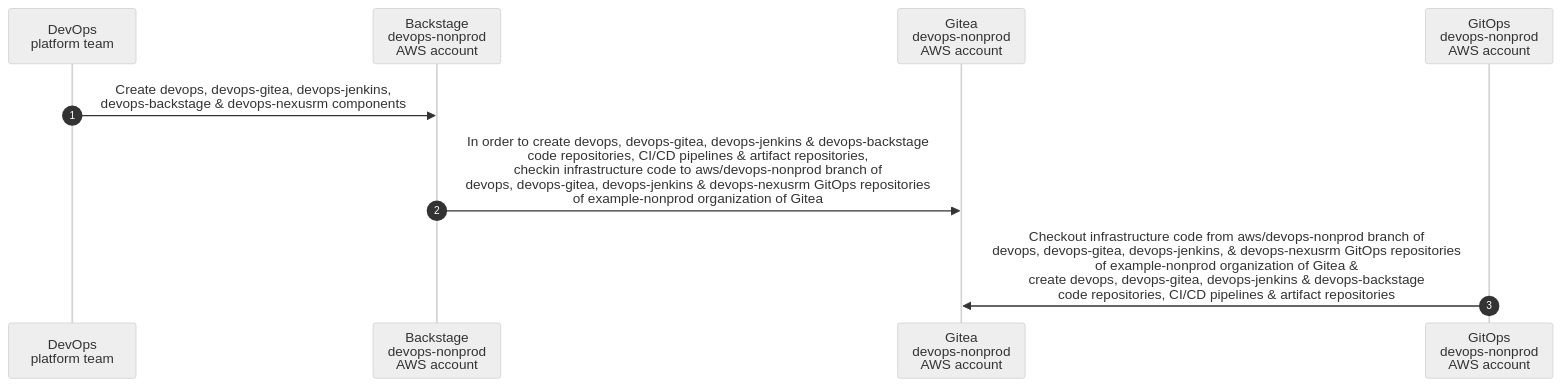
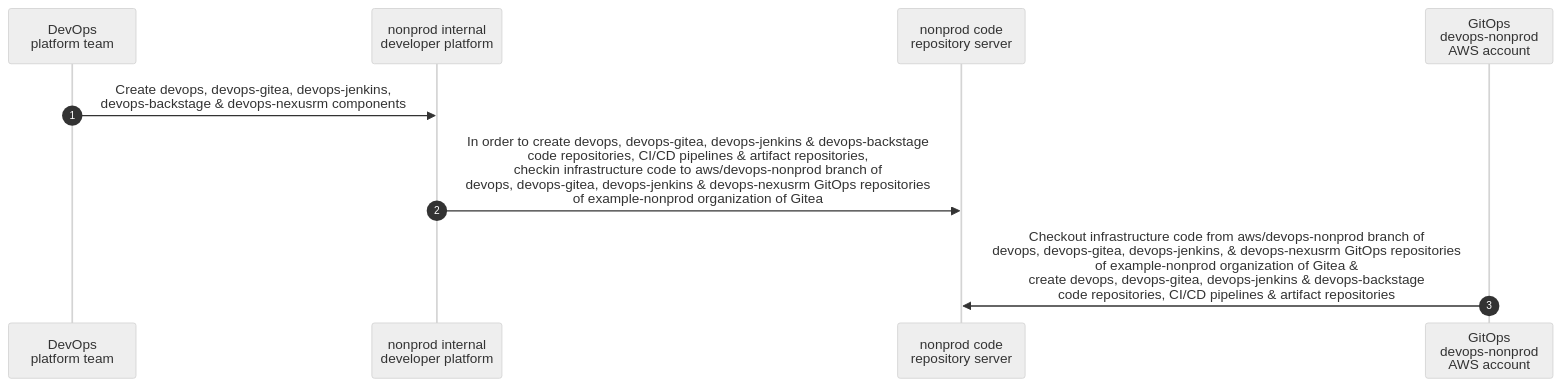
The ninth of 9 diagrams in docs/pages/docs/design.md (devopscodegen/architecture), drawn with Mermaid (neutral theme) before and after one commit. The commit also changed other lines of this file, not shown here.

````diff
--- a/docs/pages/docs/design.md
+++ b/docs/pages/docs/design.md
@@ -520,11 +520,11 @@
 ```mermaid
 sequenceDiagram
   autonumber
   participant devops_platform_team as DevOps<br>platform team
-  participant backstage_devops_nonprod_aws_account as Backstage<br>devops-nonprod <br>AWS account
-  participant gitea_devops_nonprod_aws_account as Gitea<br>devops-nonprod <br>AWS account
+  participant nonprod_internal_developer_platform as nonprod internal<br>developer platform
+  participant nonprod_code_repository_server as nonprod code <br>repository server
   participant gitops_devops_nonprod_aws_account as GitOps<br>devops-nonprod <br>AWS account
-  devops_platform_team->>backstage_devops_nonprod_aws_account : Create devops, devops-gitea, devops-jenkins, <br>devops-backstage & devops-nexusrm components
-  backstage_devops_nonprod_aws_account->>gitea_devops_nonprod_aws_account : In order to create devops, devops-gitea, devops-jenkins & devops-backstage<br> code repositories, CI/CD pipelines & artifact repositories,<br>checkin infrastructure code to aws/devops-nonprod branch of<br> devops, devops-gitea, devops-jenkins & devops-nexusrm GitOps repositories<br> of example-nonprod organization of Gitea
-  gitops_devops_nonprod_aws_account->>gitea_devops_nonprod_aws_account : Checkout infrastructure code from aws/devops-nonprod branch of <br>devops, devops-gitea, devops-jenkins, & devops-nexusrm GitOps repositories<br> of example-nonprod organization of Gitea &<br>create devops, devops-gitea, devops-jenkins & devops-backstage<br> code repositories, CI/CD pipelines & artifact repositories
+  devops_platform_team->>nonprod_internal_developer_platform : Create devops, devops-gitea, devops-jenkins, <br>devops-backstage & devops-nexusrm components
+  nonprod_internal_developer_platform->>nonprod_code_repository_server : In order to create devops, devops-gitea, devops-jenkins & devops-backstage<br> code repositories, CI/CD pipelines & artifact repositories,<br>checkin infrastructure code to aws/devops-nonprod branch of<br> devops, devops-gitea, devops-jenkins & devops-nexusrm GitOps repositories<br> of example-nonprod organization of Gitea
+  gitops_devops_nonprod_aws_account->>nonprod_code_repository_server : Checkout infrastructure code from aws/devops-nonprod branch of <br>devops, devops-gitea, devops-jenkins, & devops-nexusrm GitOps repositories<br> of example-nonprod organization of Gitea &<br>create devops, devops-gitea, devops-jenkins & devops-backstage<br> code repositories, CI/CD pipelines & artifact repositories
 ```
````
